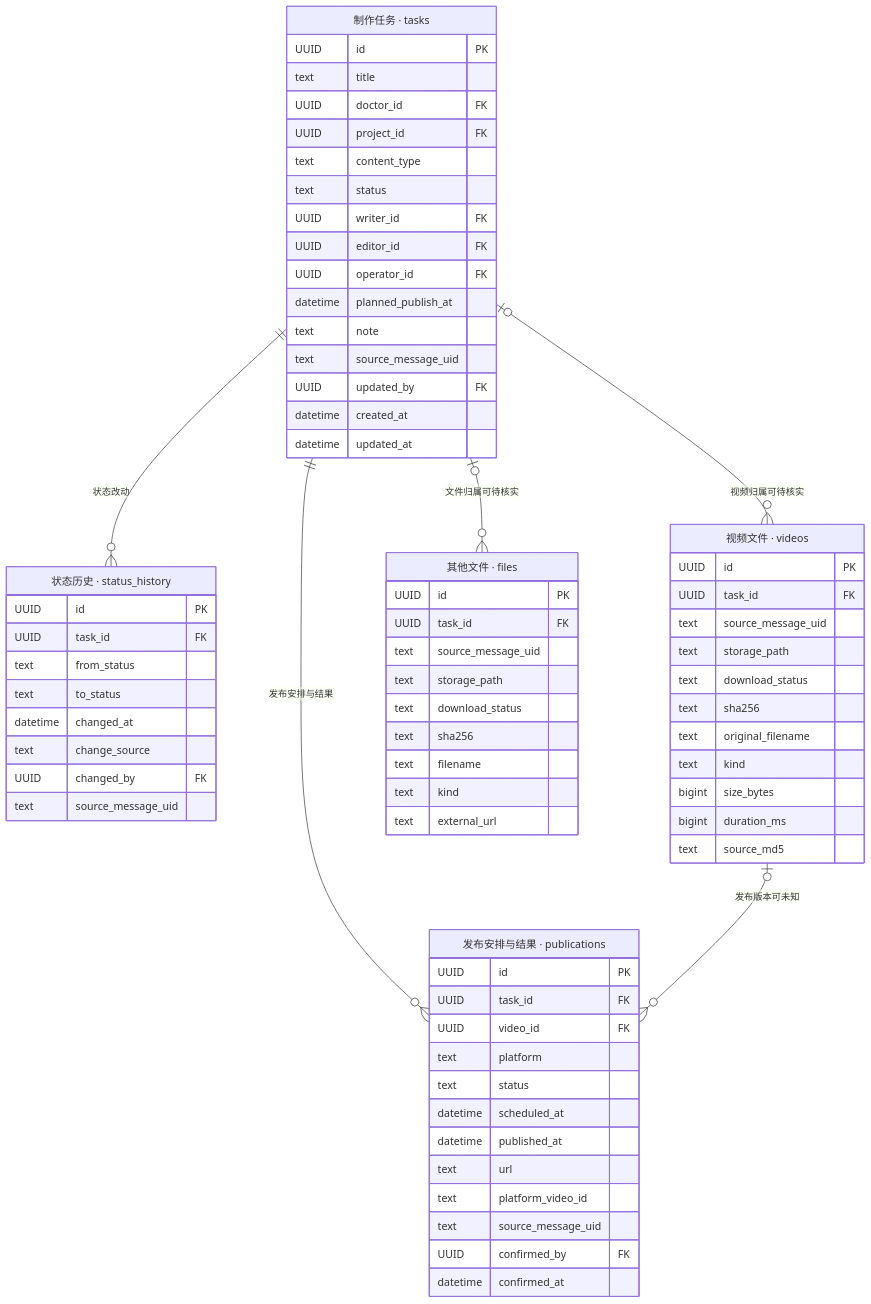
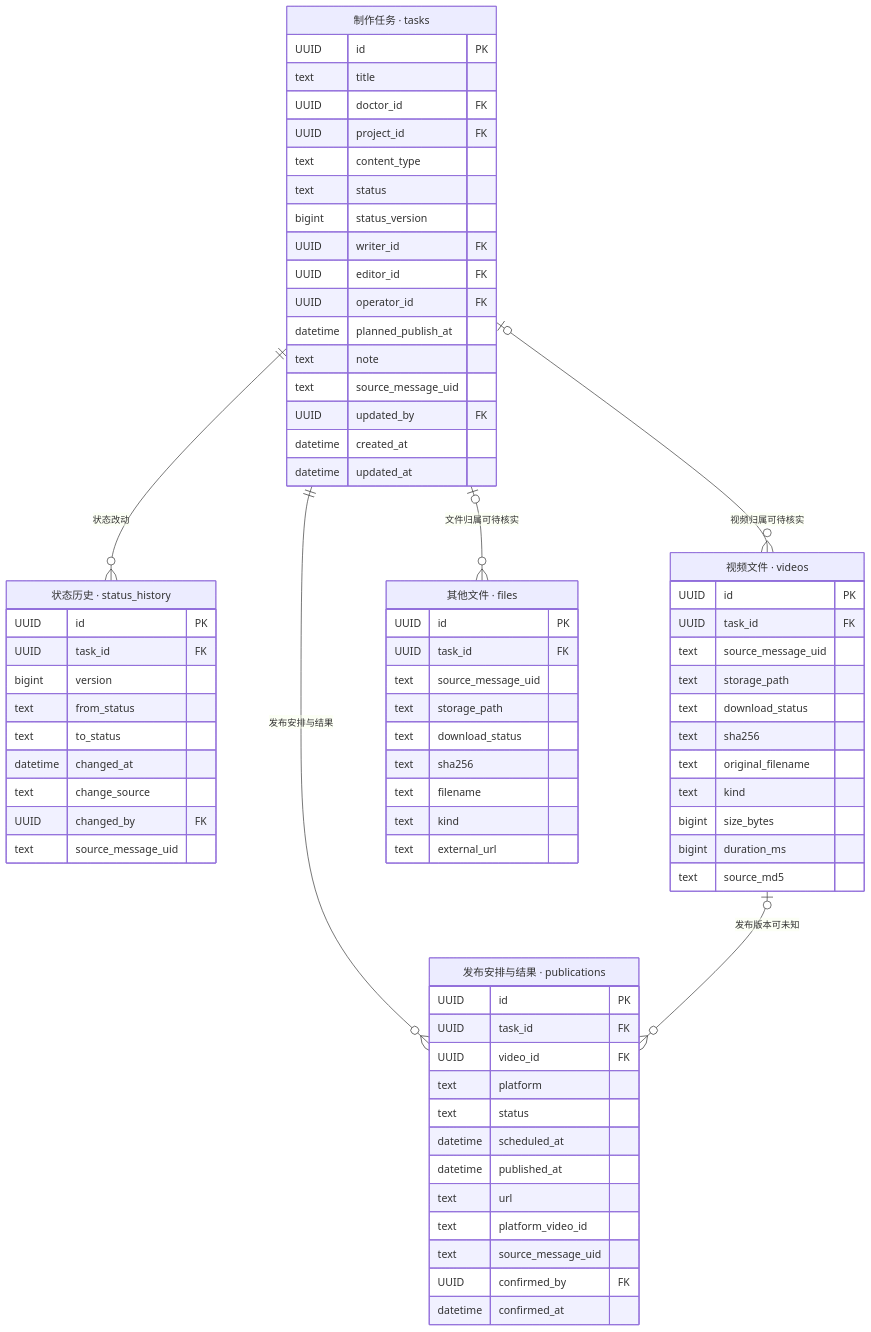
The diagram in task-model-20261017/maizi-task-database-20261017-v01-tasks.mmd (xunzhengkepu/docs), drawn with Mermaid before and after one commit. The commit also changed 7 other files, not shown here.

Commit message:
docs: define per-task status version and atomic history updates

```diff
--- a/task-model-20261017/maizi-task-database-20261017-v01-tasks.mmd
+++ b/task-model-20261017/maizi-task-database-20261017-v01-tasks.mmd
@@ -1,71 +1,73 @@
 erDiagram
     tasks ||--o{ status_history : "状态改动"
     tasks o|--o{ videos : "视频归属可待核实"
     tasks o|--o{ files : "文件归属可待核实"
     tasks ||--o{ publications : "发布安排与结果"
     videos o|--o{ publications : "发布版本可未知"
     tasks["制作任务 · tasks"] {
         UUID id PK
         text title
         UUID doctor_id FK
         UUID project_id FK
         text content_type
         text status
+        bigint status_version
         UUID writer_id FK
         UUID editor_id FK
         UUID operator_id FK
         datetime planned_publish_at
         text note
         text source_message_uid
         UUID updated_by FK
         datetime created_at
         datetime updated_at
     }
     status_history["状态历史 · status_history"] {
         UUID id PK
         UUID task_id FK
+        bigint version
         text from_status
         text to_status
         datetime changed_at
         text change_source
         UUID changed_by FK
         text source_message_uid
     }
     videos["视频文件 · videos"] {
         UUID id PK
         UUID task_id FK
         text source_message_uid
         text storage_path
         text download_status
         text sha256
         text original_filename
         text kind
         bigint size_bytes
         bigint duration_ms
         text source_md5
     }
     files["其他文件 · files"] {
         UUID id PK
         UUID task_id FK
         text source_message_uid
         text storage_path
         text download_status
         text sha256
         text filename
         text kind
         text external_url
     }
     publications["发布安排与结果 · publications"] {
         UUID id PK
         UUID task_id FK
         UUID video_id FK
         text platform
         text status
         datetime scheduled_at
         datetime published_at
         text url
         text platform_video_id
         text source_message_uid
         UUID confirmed_by FK
         datetime confirmed_at
     }
```
